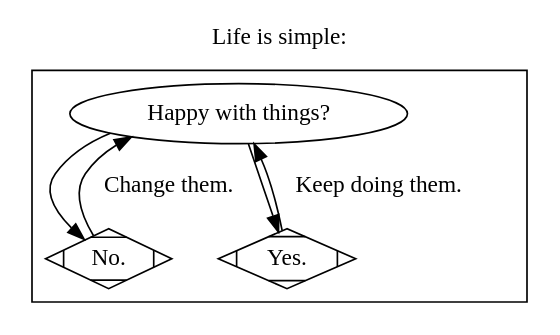
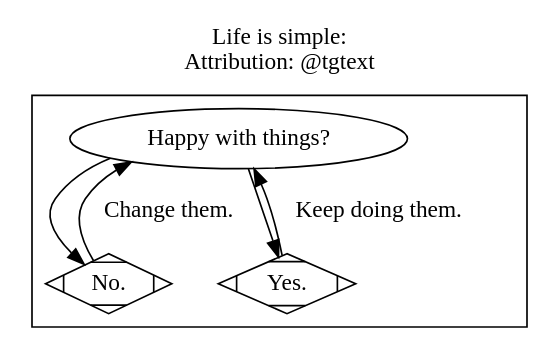
The first of 8 diagrams in help.org (grettke/help), drawn with Graphviz before and after one commit. The commit also changed 1 other file, not shown here.

Commit message:
Attributed life is simple.

```diff
--- a/help.org
+++ b/help.org
@@ -4257,16 +4257,15 @@
 #+BEGIN_SRC dot :file "./image/graphviz-life_is_simple.png" :noweb-ref ignore :results output replace
 digraph graphviz {
-  title="Life is simple:";
   subgraph cluster {
     ayh [label="Happy with things?", shape=ellipse];
     no [label="No.", shape=Mdiamond];
     yes [label="Yes.", shape=Mdiamond];
     ayh -> no;
     ayh -> yes;
     no -> ayh [label="Change them."];
     yes -> ayh [label="Keep doing them."];
   }
   labelloc="t";
-  label="Life is simple:";
+  label="Life is simple:\nAttribution: @tgtext";
 }
 #+END_SRC
```
